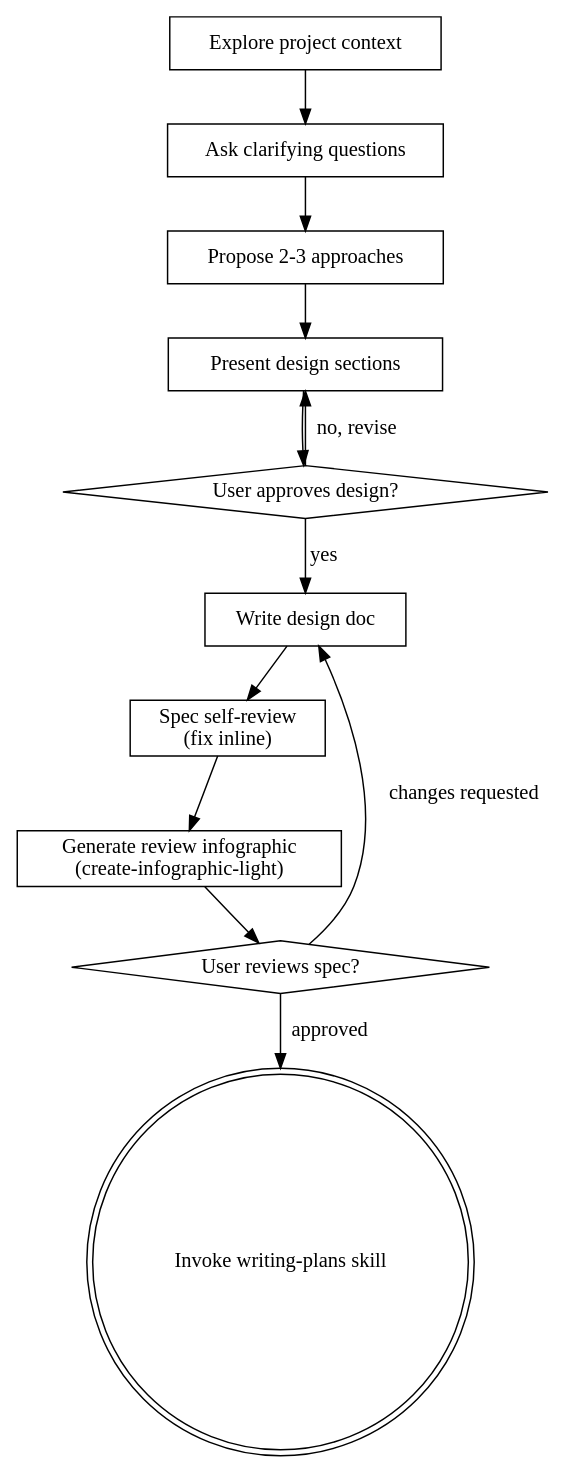
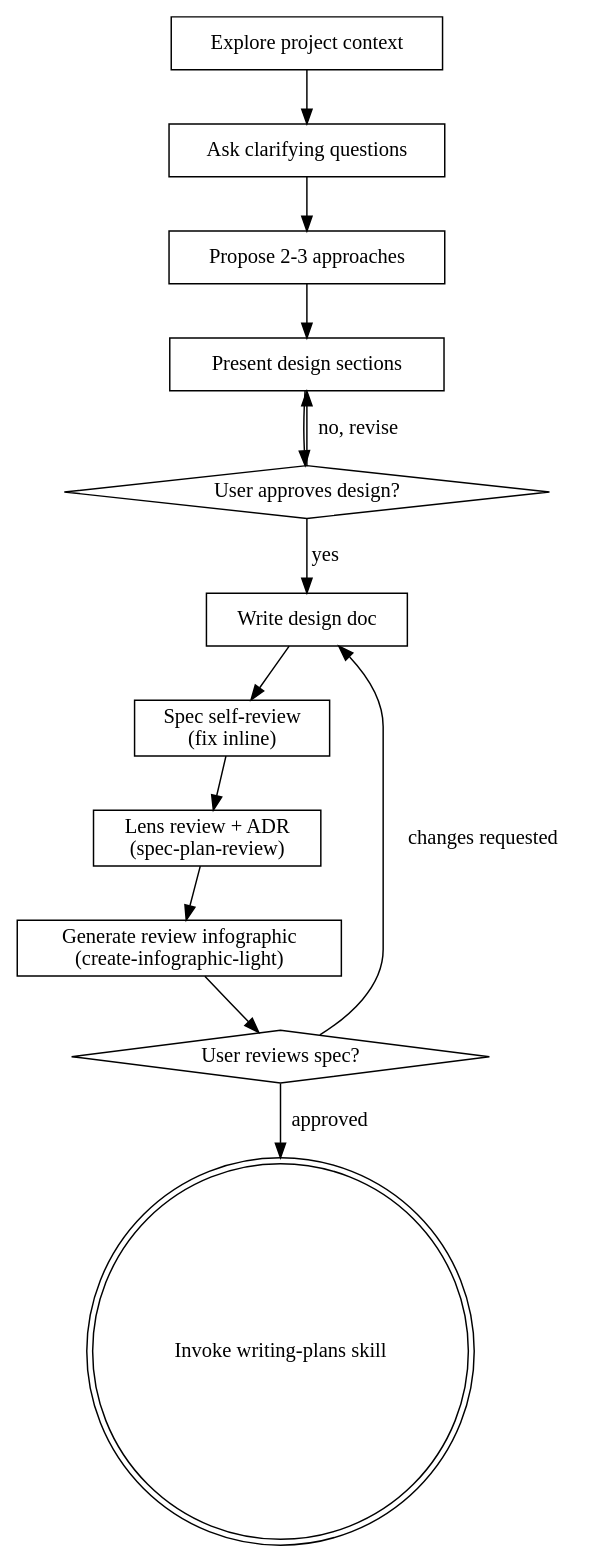
The diagram in .claude/skills/brainstorming/SKILL.md (moorestech/moorestech), drawn with Graphviz before and after one commit. The commit also changed other lines of this file and 9 other files, not shown here.

Commit message:
spec/planレビューレンズ第一弾+判断記録(ADR)機構をspec-plan-reviewスキルとして新設・brainstorming/writing-plansへ配線

````diff
--- a/.claude/skills/brainstorming/SKILL.md
+++ b/.claude/skills/brainstorming/SKILL.md
@@ -37,26 +38,28 @@
 ```dot
 digraph brainstorming {
     "Explore project context" [shape=box];
     "Ask clarifying questions" [shape=box];
     "Propose 2-3 approaches" [shape=box];
     "Present design sections" [shape=box];
     "User approves design?" [shape=diamond];
     "Write design doc" [shape=box];
     "Spec self-review\n(fix inline)" [shape=box];
     "User reviews spec?" [shape=diamond];
     "Invoke writing-plans skill" [shape=doublecircle];
 
     "Explore project context" -> "Ask clarifying questions";
     "Ask clarifying questions" -> "Propose 2-3 approaches";
     "Propose 2-3 approaches" -> "Present design sections";
     "Present design sections" -> "User approves design?";
     "User approves design?" -> "Present design sections" [label="no, revise"];
     "User approves design?" -> "Write design doc" [label="yes"];
     "Write design doc" -> "Spec self-review\n(fix inline)";
+    "Lens review + ADR\n(spec-plan-review)" [shape=box];
     "Generate review infographic\n(create-infographic-light)" [shape=box];
-    "Spec self-review\n(fix inline)" -> "Generate review infographic\n(create-infographic-light)";
+    "Spec self-review\n(fix inline)" -> "Lens review + ADR\n(spec-plan-review)";
+    "Lens review + ADR\n(spec-plan-review)" -> "Generate review infographic\n(create-infographic-light)";
     "Generate review infographic\n(create-infographic-light)" -> "User reviews spec?";
     "User reviews spec?" -> "Write design doc" [label="changes requested"];
     "User reviews spec?" -> "Invoke writing-plans skill" [label="approved"];
 }
 ```
````
